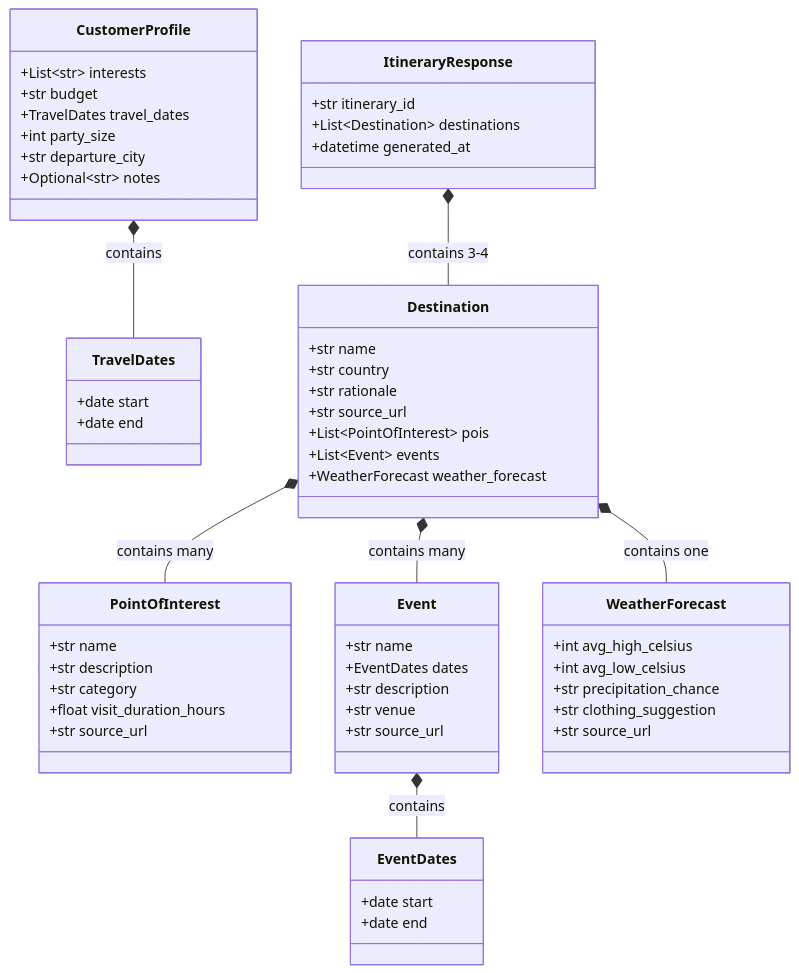
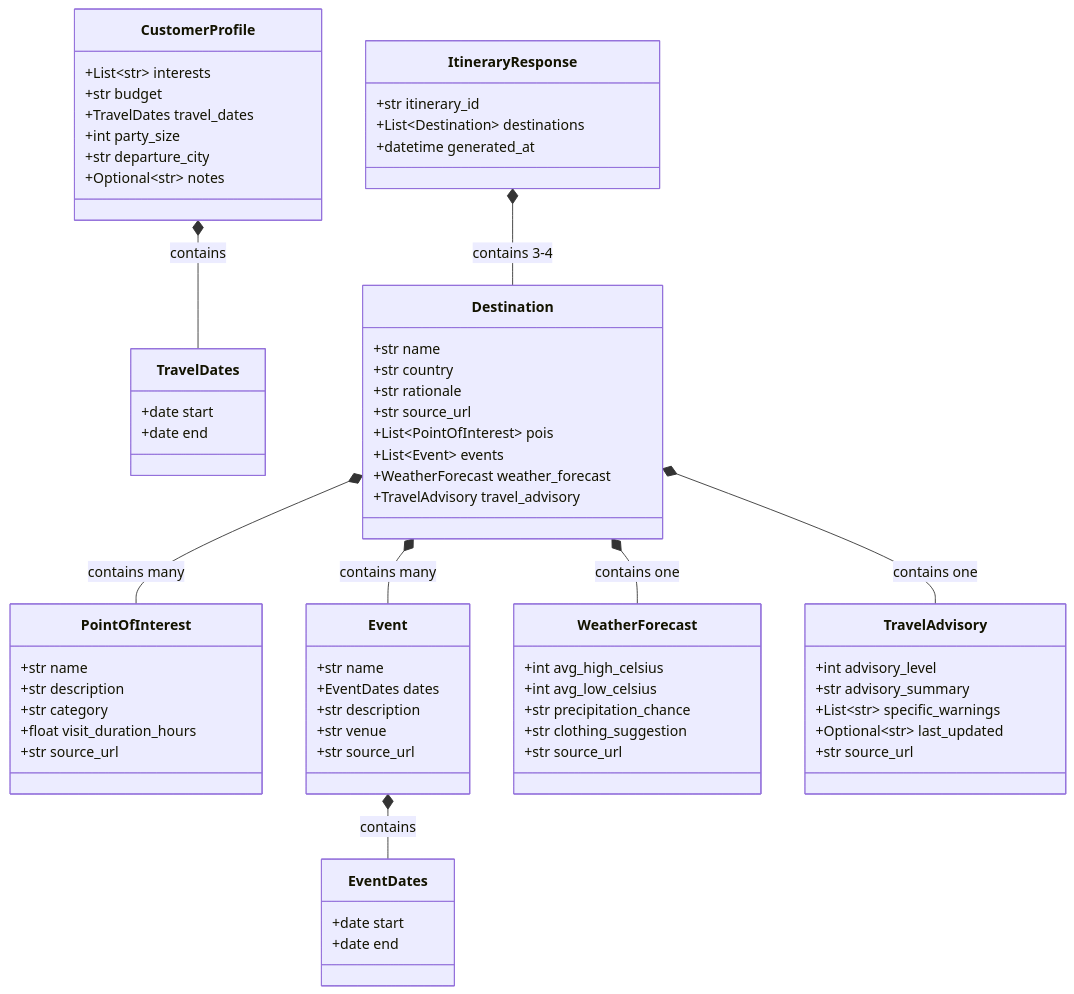
The fifth of 9 diagrams in docs/diagrams.md (dmd0822/boston-code-camp-40), drawn with Mermaid before and after one commit. The commit also changed other lines of this file and 21 other files, not shown here.

````diff
--- a/docs/diagrams.md
+++ b/docs/diagrams.md
@@ -283,68 +307,78 @@
 ```mermaid
 classDiagram
     class CustomerProfile {
         +List~str~ interests
         +str budget
         +TravelDates travel_dates
         +int party_size
         +str departure_city
         +Optional~str~ notes
     }
     
     class TravelDates {
         +date start
         +date end
     }
     
     class ItineraryResponse {
         +str itinerary_id
         +List~Destination~ destinations
         +datetime generated_at
     }
     
     class Destination {
         +str name
         +str country
         +str rationale
         +str source_url
         +List~PointOfInterest~ pois
         +List~Event~ events
         +WeatherForecast weather_forecast
+        +TravelAdvisory travel_advisory
     }
     
     class PointOfInterest {
         +str name
         +str description
         +str category
         +float visit_duration_hours
         +str source_url
     }
     
     class Event {
         +str name
         +EventDates dates
         +str description
         +str venue
         +str source_url
     }
     
     class EventDates {
         +date start
         +date end
     }
     
     class WeatherForecast {
         +int avg_high_celsius
         +int avg_low_celsius
         +str precipitation_chance
         +str clothing_suggestion
         +str source_url
     }
     
+    class TravelAdvisory {
+        +int advisory_level
+        +str advisory_summary
+        +List~str~ specific_warnings
+        +Optional~str~ last_updated
+        +str source_url
+    }
+    
     CustomerProfile *-- TravelDates : contains
     ItineraryResponse *-- Destination : contains 3-4
     Destination *-- PointOfInterest : contains many
     Destination *-- Event : contains many
     Destination *-- WeatherForecast : contains one
+    Destination *-- TravelAdvisory : contains one
     Event *-- EventDates : contains
 ```
````
